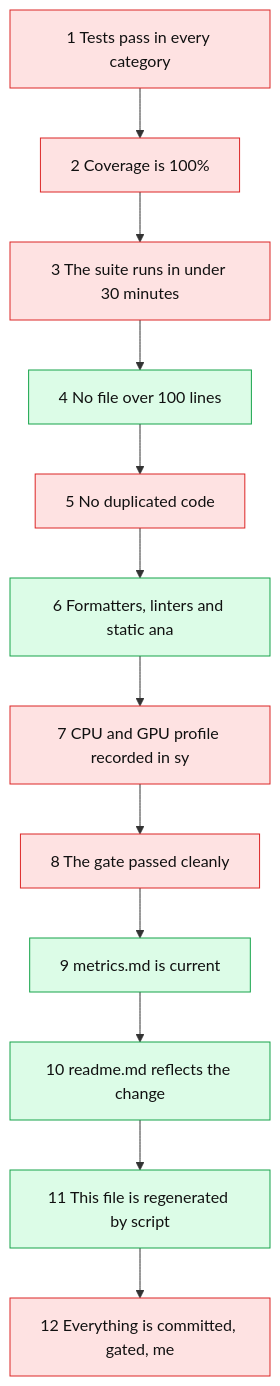
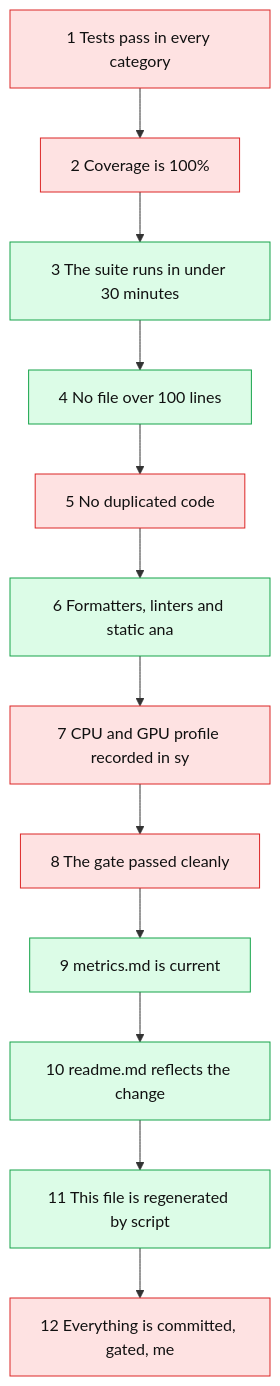
Before and after one commit to thomascherickal/ferrum-gpu: the diagram in next-steps.md, drawn with Mermaid. The commit also changed other lines of this file and 8 other files, not shown here.

````diff
--- a/next-steps.md
+++ b/next-steps.md
@@ -22,28 +22,28 @@
 ```mermaid
 flowchart TD
     s0["1 Tests pass in every category"]:::open
     s1["2 Coverage is 100%"]:::open
-    s2["3 The suite runs in under 30 minutes"]:::open
+    s2["3 The suite runs in under 30 minutes"]:::met
     s3["4 No file over 100 lines"]:::met
     s4["5 No duplicated code"]:::open
     s5["6 Formatters, linters and static ana"]:::met
     s6["7 CPU and GPU profile recorded in sy"]:::open
     s7["8 The gate passed cleanly"]:::open
     s8["9 metrics.md is current"]:::met
     s9["10 readme.md reflects the change"]:::met
     s10["11 This file is regenerated by script"]:::met
     s11["12 Everything is committed, gated, me"]:::open
     s0 --> s1
     s1 --> s2
     s2 --> s3
     s3 --> s4
     s4 --> s5
     s5 --> s6
     s6 --> s7
     s7 --> s8
     s8 --> s9
     s9 --> s10
     s10 --> s11
     classDef met fill:#dcfce7,stroke:#16a34a,color:#111
     classDef open fill:#fee2e2,stroke:#dc2626,color:#111
 ```
````
